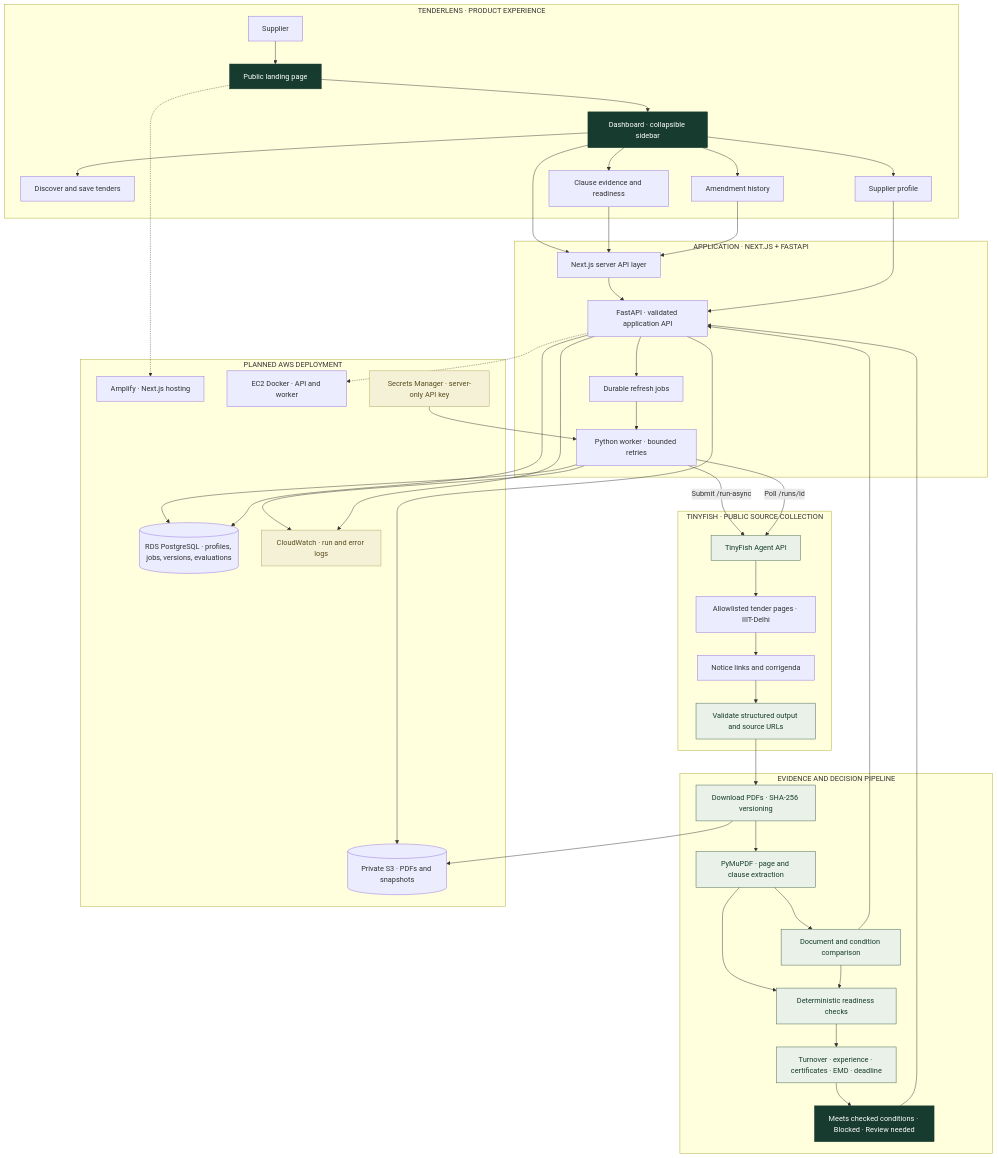
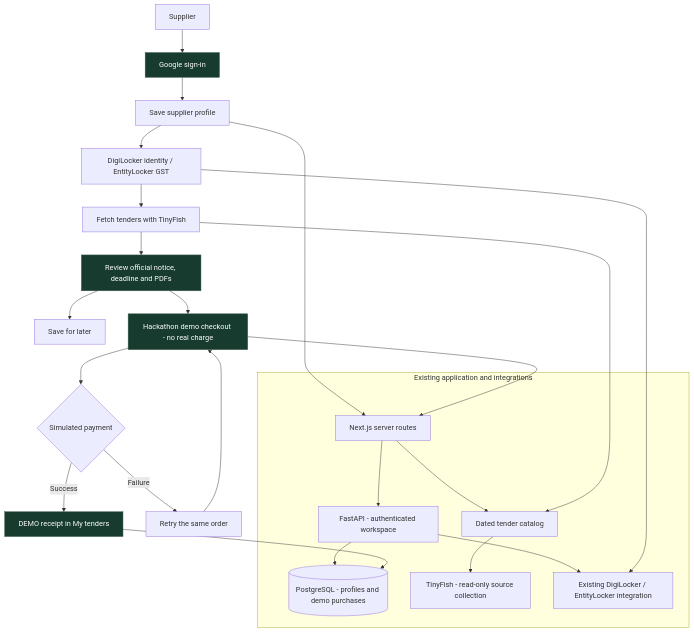
The diagram in docs/architecture.mmd (sam-eer12/iiitd-hackathon), drawn with Mermaid before and after one commit. The commit also changed 52 other files, not shown here.

Commit message:
Simplify supplier tender review and add demo checkout

```diff
--- a/docs/architecture.mmd
+++ b/docs/architecture.mmd
@@ -1,59 +1,26 @@
 flowchart TB
-  subgraph experience["TENDERLENS · PRODUCT EXPERIENCE"]
-    Visitor["Supplier"] --> Landing["Public landing page"]
-    Landing --> Dashboard["Dashboard · collapsible sidebar"]
-    Dashboard --> Shortlist["Discover and save tenders"]
-    Dashboard --> Profile["Supplier profile"]
-    Dashboard --> Evidence["Clause evidence and readiness"]
-    Dashboard --> History["Amendment history"]
+  Supplier["Supplier"] --> Google["Google sign-in"]
+  Google --> Profile["Save supplier profile"]
+  Profile --> Verify["DigiLocker identity / EntityLocker GST"]
+  Verify --> Fetch["Fetch tenders with TinyFish"]
+  Fetch --> Review["Review official notice, deadline and PDFs"]
+  Review --> Saved["Save for later"]
+  Review --> Checkout["Hackathon demo checkout - no real charge"]
+  Checkout --> Outcome{"Simulated payment"}
+  Outcome -->|Failure| Retry["Retry the same order"]
+  Retry --> Checkout
+  Outcome -->|Success| Receipt["DEMO receipt in My tenders"]
+  subgraph Application["Existing application and integrations"]
+    Web["Next.js server routes"] --> API["FastAPI - authenticated workspace"]
+    API --> DB[("PostgreSQL - profiles and demo purchases")]
+    Web --> Catalog["Dated tender catalog"]
+    Catalog --> TF["TinyFish - read-only source collection"]
+    API --> Locker["Existing DigiLocker / EntityLocker integration"]
   end
-  subgraph app["APPLICATION · NEXT.JS + FASTAPI"]
-    Dashboard --> Proxy["Next.js server API layer"]
-    Proxy --> API["FastAPI · validated application API"]
-    API --> Jobs["Durable refresh jobs"]
-    Jobs --> Worker["Python worker · bounded retries"]
-    Profile --> API
-  end
-  subgraph collection["TINYFISH · PUBLIC SOURCE COLLECTION"]
-    Worker -->|"Submit /run-async"| Agent["TinyFish Agent API"]
-    Worker -->|"Poll /runs/id"| Agent
-    Agent --> Portal["Allowlisted tender pages · IIIT-Delhi"]
-    Portal --> Notices["Notice links and corrigenda"]
-    Notices --> Validation["Validate structured output and source URLs"]
-  end
-  subgraph intelligence["EVIDENCE AND DECISION PIPELINE"]
-    Validation --> Download["Download PDFs · SHA-256 versioning"]
-    Download --> Parse["PyMuPDF · page and clause extraction"]
-    Parse --> Rules["Deterministic readiness checks"]
-    Rules --> Checks["Turnover · experience · certificates · EMD · deadline"]
-    Parse --> Diff["Document and condition comparison"]
-    Diff --> Rules
-    Checks --> Result["Meets checked conditions · Blocked · Review needed"]
-    Result --> API
-    Diff --> API
-  end
-  subgraph aws["PLANNED AWS DEPLOYMENT"]
-    Amplify["Amplify · Next.js hosting"]
-    EC2["EC2 Docker · API and worker"]
-    DB[("RDS PostgreSQL · profiles, jobs, versions, evaluations")]
-    S3[("Private S3 · PDFs and snapshots")]
-    Secrets["Secrets Manager · server-only API key"]
-    Logs["CloudWatch · run and error logs"]
-  end
-  Landing -.-> Amplify
-  API -.-> EC2
-  Worker --> DB
-  API --> DB
-  Download --> S3
-  Evidence --> Proxy
-  History --> Proxy
-  API --> S3
-  Secrets --> Worker
-  Worker --> Logs
-  API --> Logs
-  classDef green fill:#e9f1e8,stroke:#41634b,color:#173b2e
-  classDef dark fill:#173b2e,stroke:#173b2e,color:#fff
-  classDef yellow fill:#f5f1d7,stroke:#b3a45e,color:#594c20
-  class Dashboard,Landing,Result dark
-  class Agent,Validation,Download,Parse,Rules,Diff,Checks green
-  class Secrets,Logs yellow
+  Fetch --> Catalog
+  Profile --> Web
+  Verify --> Locker
+  Checkout --> Web
+  Receipt --> DB
+  classDef primary fill:#173b2e,stroke:#41634b,color:#fff
+  class Google,Review,Checkout,Receipt primary
```
